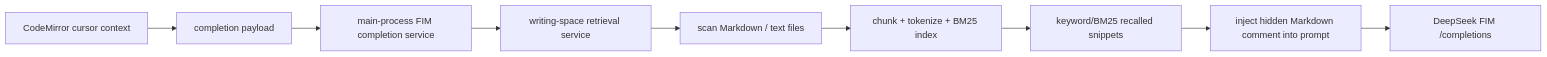
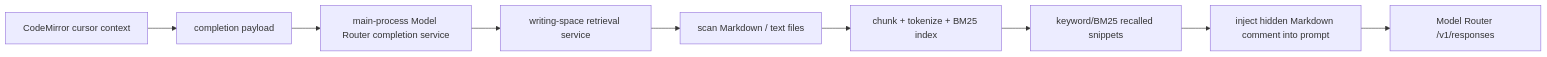
The diagram in docs/WRITE_RETRIEVAL_RAG.en.md (XinyuZheng1878/SciForge-reproduction-), drawn with Mermaid before and after one commit. The commit also changed other lines of this file and 128 other files, not shown here.

Commit message:
Sync DeepSeek GUI runtime updates

````diff
--- a/docs/WRITE_RETRIEVAL_RAG.en.md
+++ b/docs/WRITE_RETRIEVAL_RAG.en.md
@@ -21,12 +21,12 @@
 ```mermaid
 flowchart LR
   A["CodeMirror cursor context"] --> B["completion payload"]
-  B --> C["main-process FIM completion service"]
+  B --> C["main-process Model Router completion service"]
   C --> D["writing-space retrieval service"]
   D --> E["scan Markdown / text files"]
   E --> F["chunk + tokenize + BM25 index"]
   F --> G["keyword/BM25 recalled snippets"]
   G --> H["inject hidden Markdown comment into prompt"]
-  H --> I["DeepSeek FIM /completions"]
+  H --> I["Model Router /v1/responses"]
 
 ```
````
